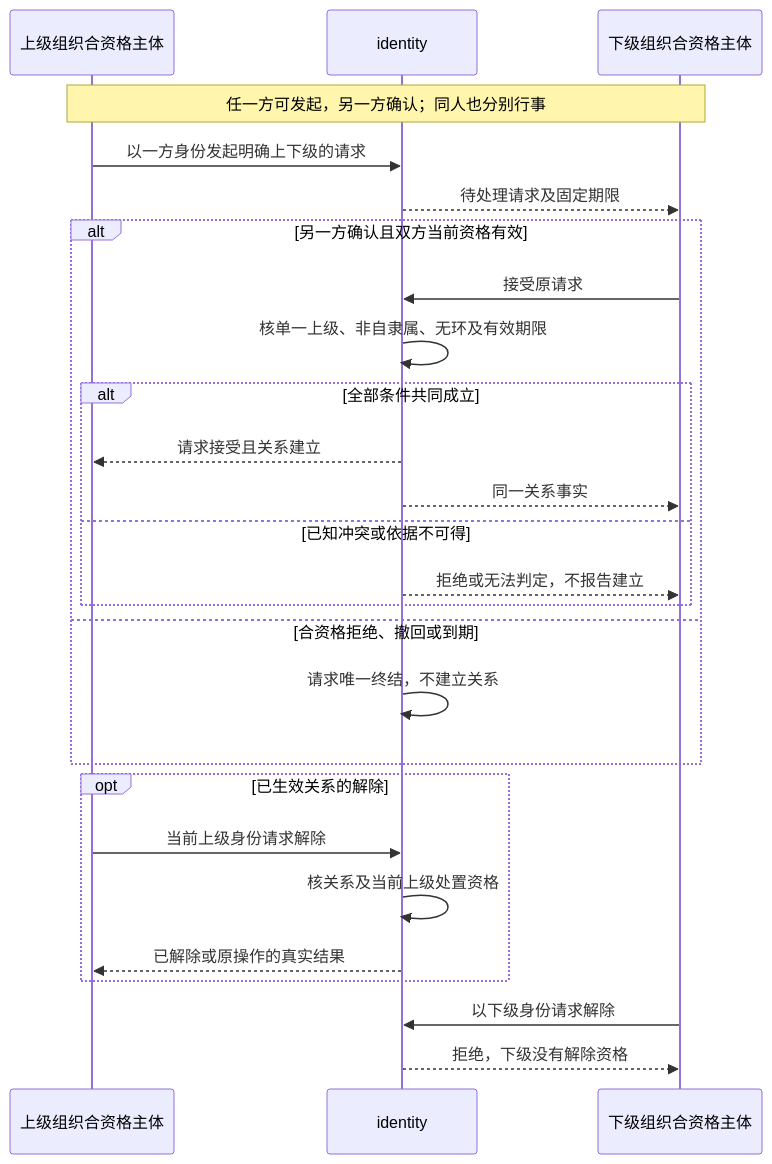
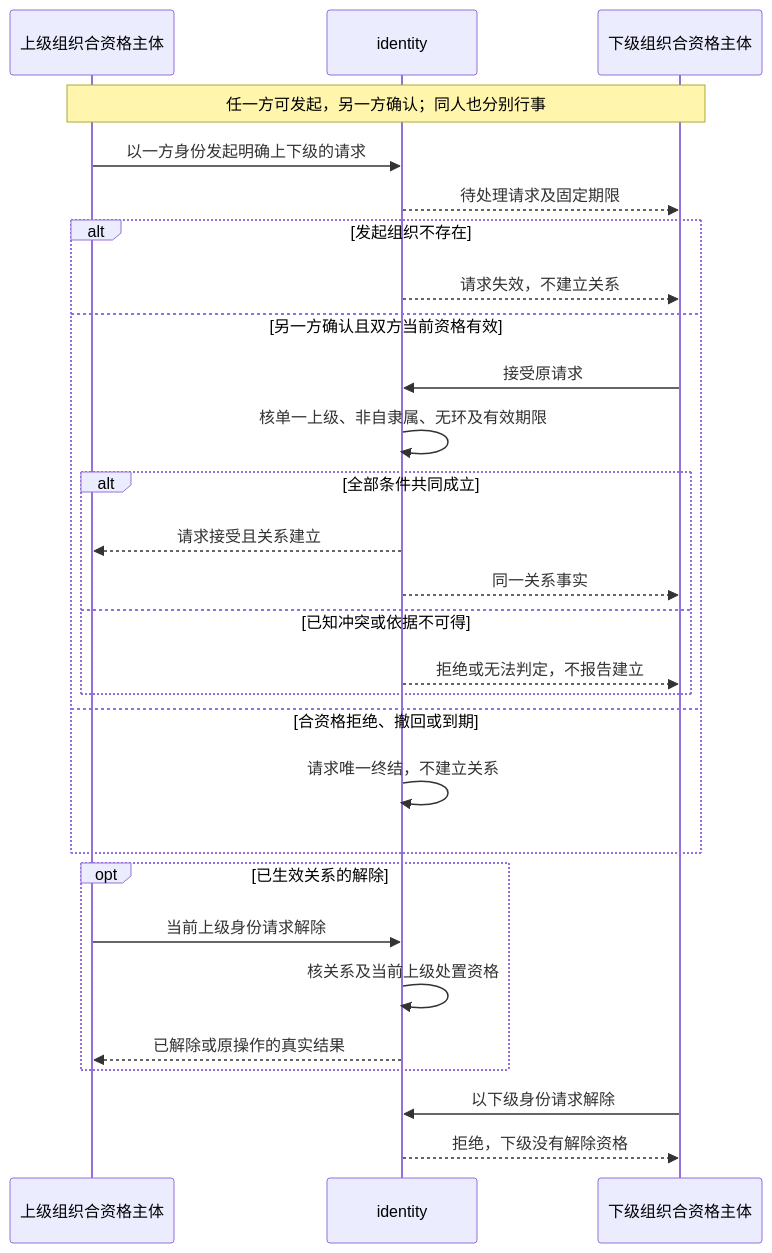
The fifth of 5 diagrams in packages/identity/identity/docs/internals.md (nemori-ai/omne-harness-lite), drawn with Mermaid before and after one commit. The commit also changed other lines of this file and 1 other file, not shown here.

Commit message:
docs(identity): 把失效限定在隶属请求
成员邀请的结束结果不再列入失效。F-ID05 在接收方处理前给出失效，不再把发起组织消失留给未决项。

Harness: cursor
Agent-Role: main

````diff
--- a/packages/identity/identity/docs/internals.md
+++ b/packages/identity/identity/docs/internals.md
@@ -179,28 +179,30 @@
 ```mermaid
 sequenceDiagram
   participant P as 上级组织合资格主体
   participant I as identity
   participant C as 下级组织合资格主体
   Note over P,C: 任一方可发起，另一方确认；同人也分别行事
   P->>I: 以一方身份发起明确上下级的请求
   I-->>C: 待处理请求及固定期限
-  alt 另一方确认且双方当前资格有效
+  alt 发起组织不存在
+    I-->>C: 请求失效，不建立关系
+  else 另一方确认且双方当前资格有效
     C->>I: 接受原请求
     I->>I: 核单一上级、非自隶属、无环及有效期限
     alt 全部条件共同成立
       I-->>P: 请求接受且关系建立
       I-->>C: 同一关系事实
     else 已知冲突或依据不可得
       I-->>C: 拒绝或无法判定，不报告建立
     end
   else 合资格拒绝、撤回或到期
     I->>I: 请求唯一终结，不建立关系
   end
   opt 已生效关系的解除
     P->>I: 当前上级身份请求解除
     I->>I: 核关系及当前上级处置资格
     I-->>P: 已解除或原操作的真实结果
   end
   C->>I: 以下级身份请求解除
   I-->>C: 拒绝，下级没有解除资格
 ```
````
